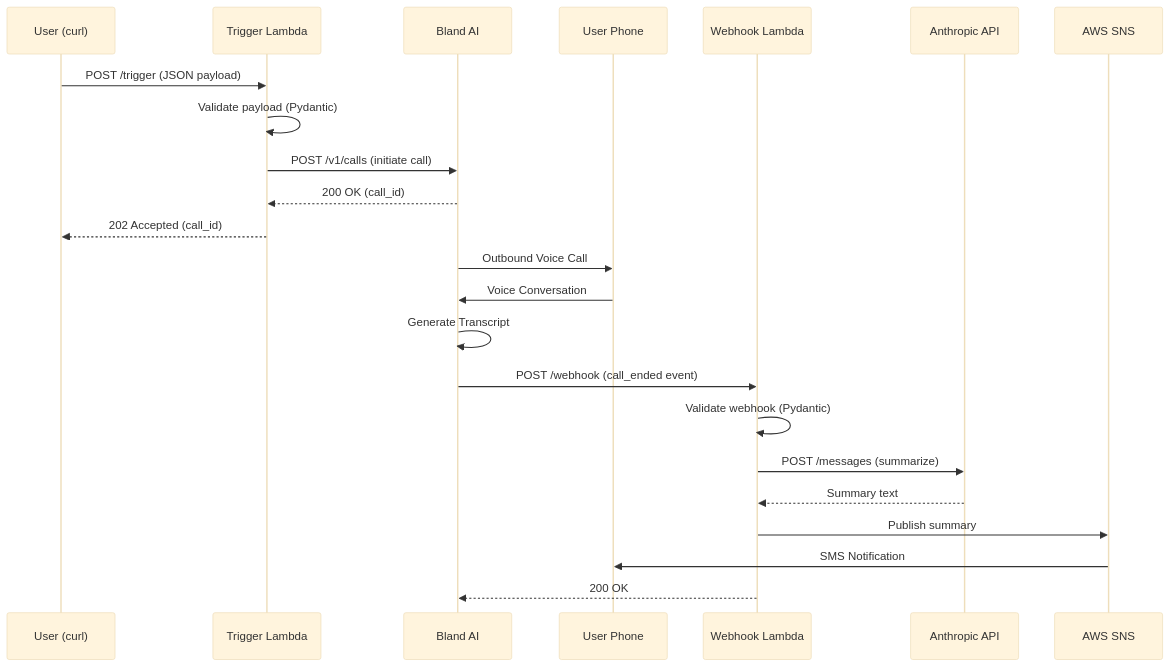
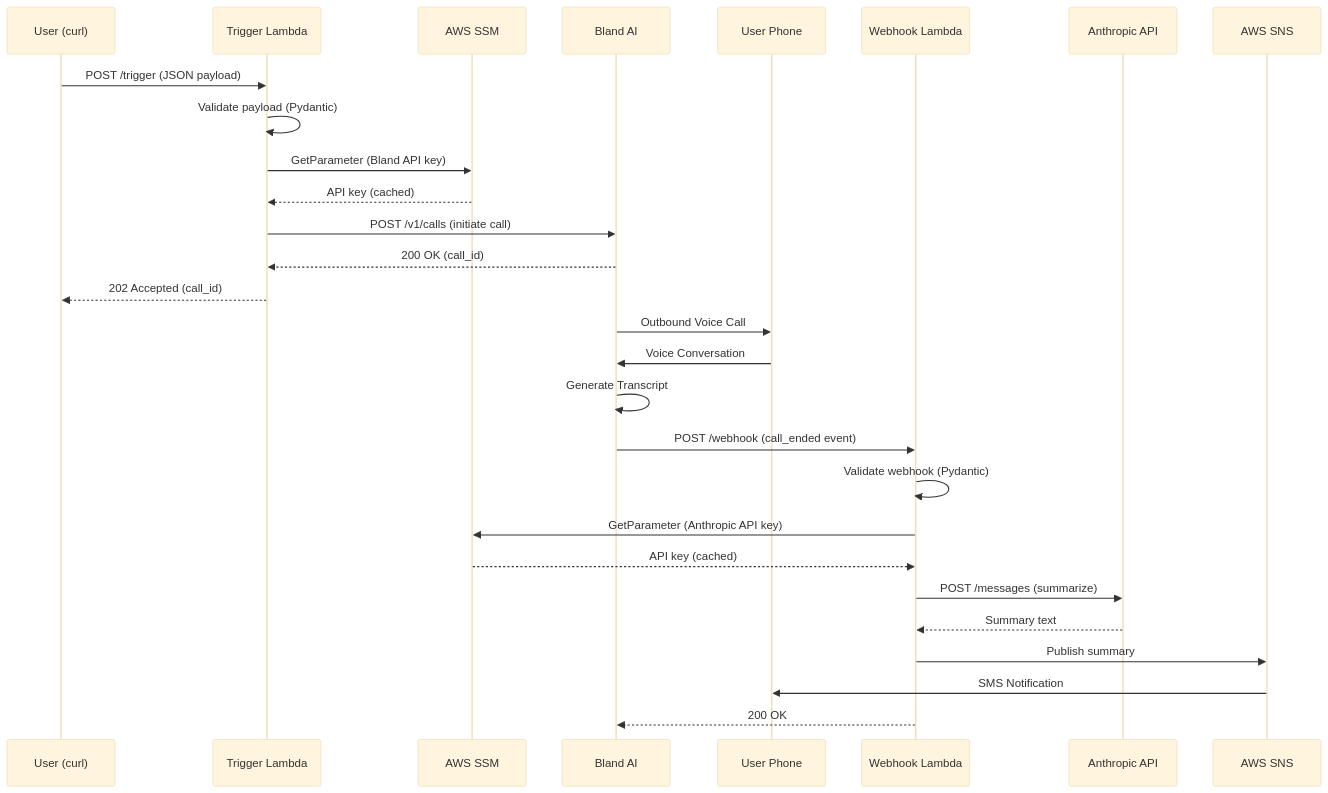
The diagram in PLAN.md (OllieNilsen/kairos), drawn with Mermaid (base theme) before and after one commit. The commit also changed other lines of this file and 2 other files, not shown here.

Commit message:
fix lambda layer platform (mac/linux) issue

````diff
--- a/PLAN.md
+++ b/PLAN.md
@@ -5,28 +5,33 @@
 ```mermaid
 sequenceDiagram
     participant User as User (curl)
     participant TriggerLambda as Trigger Lambda
+    participant SSM as AWS SSM
     participant BlandAI as Bland AI
     participant Phone as User Phone
     participant WebhookLambda as Webhook Lambda
     participant Anthropic as Anthropic API
     participant SNS as AWS SNS
 
     User->>TriggerLambda: POST /trigger (JSON payload)
     TriggerLambda->>TriggerLambda: Validate payload (Pydantic)
+    TriggerLambda->>SSM: GetParameter (Bland API key)
+    SSM-->>TriggerLambda: API key (cached)
     TriggerLambda->>BlandAI: POST /v1/calls (initiate call)
     BlandAI-->>TriggerLambda: 200 OK (call_id)
     TriggerLambda-->>User: 202 Accepted (call_id)
     
     BlandAI->>Phone: Outbound Voice Call
     Phone->>BlandAI: Voice Conversation
     BlandAI->>BlandAI: Generate Transcript
     
     BlandAI->>WebhookLambda: POST /webhook (call_ended event)
     WebhookLambda->>WebhookLambda: Validate webhook (Pydantic)
+    WebhookLambda->>SSM: GetParameter (Anthropic API key)
+    SSM-->>WebhookLambda: API key (cached)
     WebhookLambda->>Anthropic: POST /messages (summarize)
     Anthropic-->>WebhookLambda: Summary text
     WebhookLambda->>SNS: Publish summary
     SNS->>Phone: SMS Notification
     WebhookLambda-->>BlandAI: 200 OK
 ```
````
